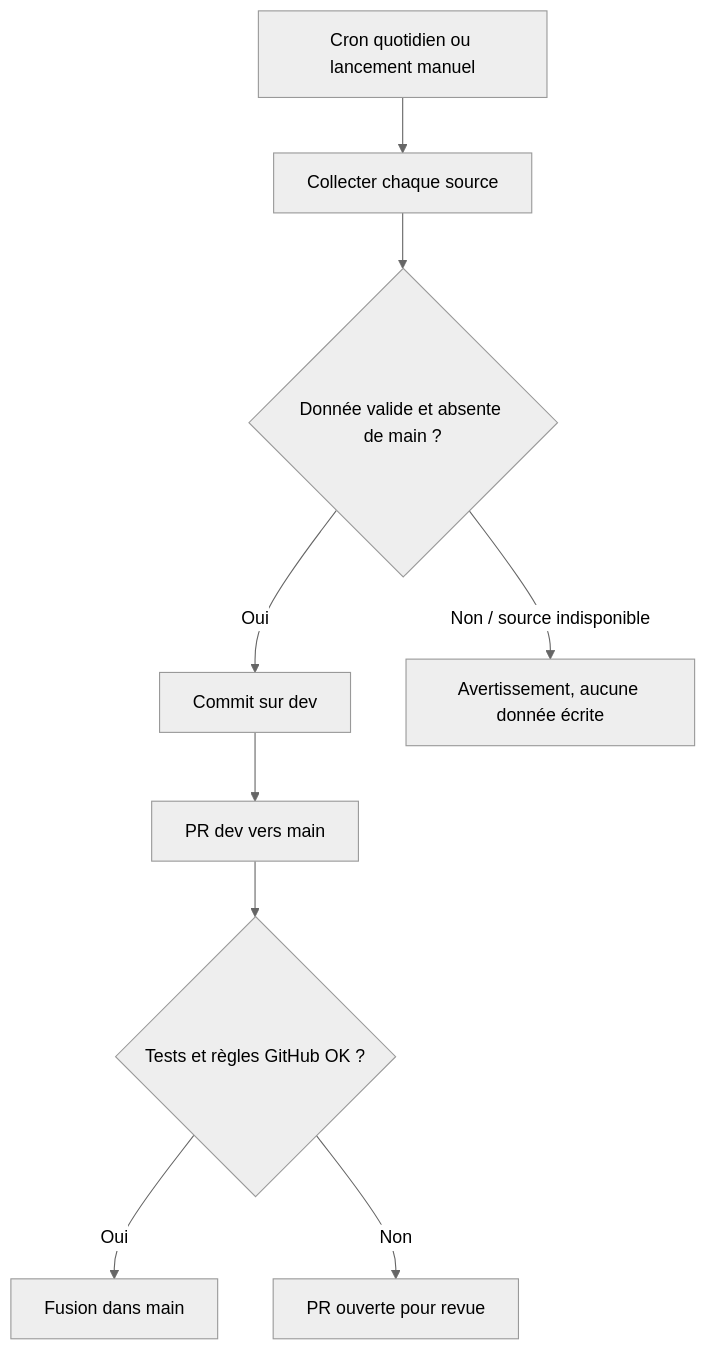
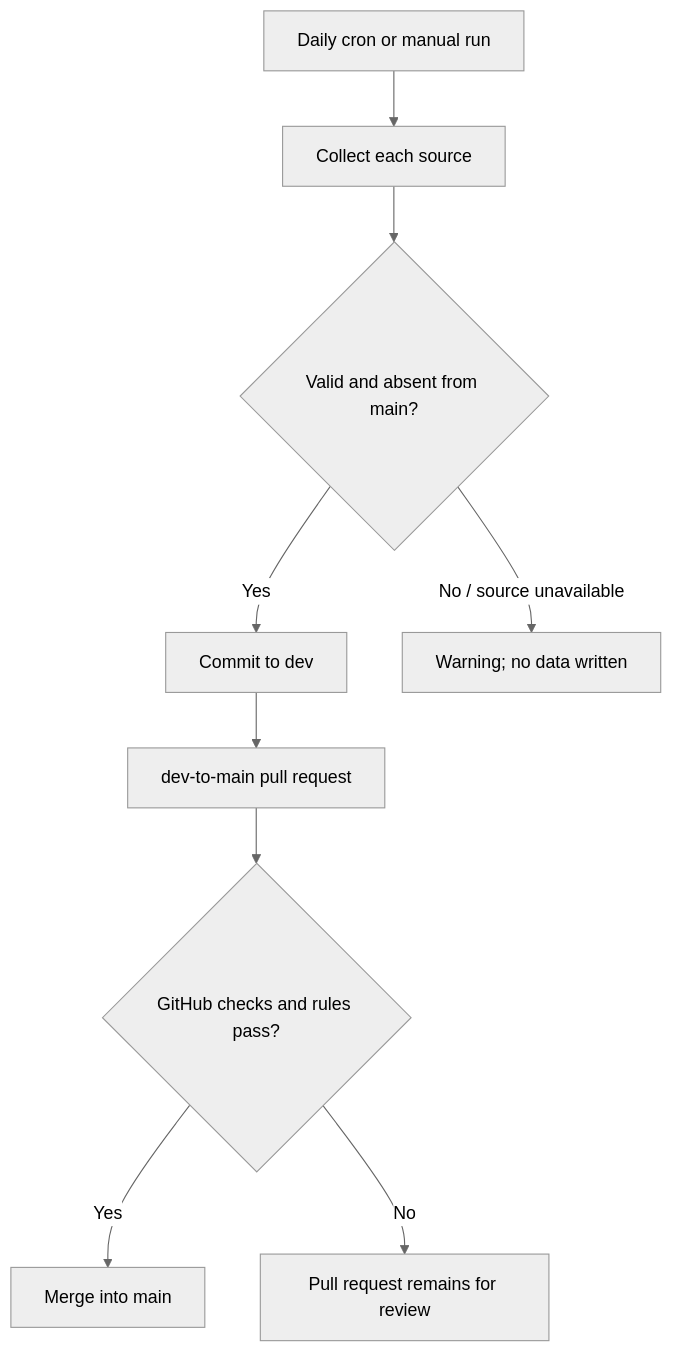
The diagram in README.md (thekester/WordHunt), drawn with Mermaid (neutral theme) before and after one commit.

Commit message:
Translate collection flow diagram to English

````diff
--- a/README.md
+++ b/README.md
@@ -41,11 +41,11 @@
 ```mermaid
 flowchart TD
-    A["Cron quotidien ou lancement manuel"] --> B["Collecter chaque source"]
-    B --> C{"Donnée valide et absente de main ?"}
-    C -->|Oui| D["Commit sur dev"]
-    C -->|Non / source indisponible| E["Avertissement, aucune donnée écrite"]
-    D --> F["PR dev vers main"]
-    F --> G{"Tests et règles GitHub OK ?"}
-    G -->|Oui| H["Fusion dans main"]
-    G -->|Non| I["PR ouverte pour revue"]
+    A["Daily cron or manual run"] --> B["Collect each source"]
+    B --> C{"Valid and absent from main?"}
+    C -->|Yes| D["Commit to dev"]
+    C -->|No / source unavailable| E["Warning; no data written"]
+    D --> F["dev-to-main pull request"]
+    F --> G{"GitHub checks and rules pass?"}
+    G -->|Yes| H["Merge into main"]
+    G -->|No| I["Pull request remains for review"]
 ```
````
